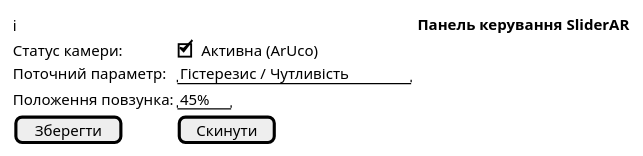
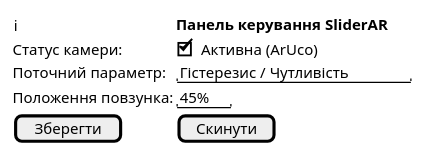
Before and after one commit to maksimsq/test-sw: the diagram in 1-SoftwareRequirements/1.3-FuncNonFuncRequirements/1.3.3-NFRUserInterfaceOUTPUT/wireframe.puml, drawn with PlantUML.

Commit message:
Update wireframe syntax for SliderAR control panel

```diff
--- a/1-SoftwareRequirements/1.3-FuncNonFuncRequirements/1.3.3-NFRUserInterfaceOUTPUT/wireframe.puml
+++ b/1-SoftwareRequirements/1.3-FuncNonFuncRequirements/1.3.3-NFRUserInterfaceOUTPUT/wireframe.puml
@@ -1,12 +1,9 @@
-@startuml
-salt
+@startsalt
 {
   {i} **Панель керування SliderAR**
-  {
-    Статус камери: | [X] Активна (ArUco)
-    Поточний параметр: | "Гістерезис / Чутливість"
-    Положення повзунка: | " 45% "
-    [ Зберегти ] | [ Скинути ]
-  }
+  Статус камери: | [X] Активна (ArUco)
+  Поточний параметр: | "Гістерезис / Чутливість"
+  Положення повзунка: | " 45% "
+  [ Зберегти ] | [ Скинути ]
 }
-@enduml
+@endsalt
```
